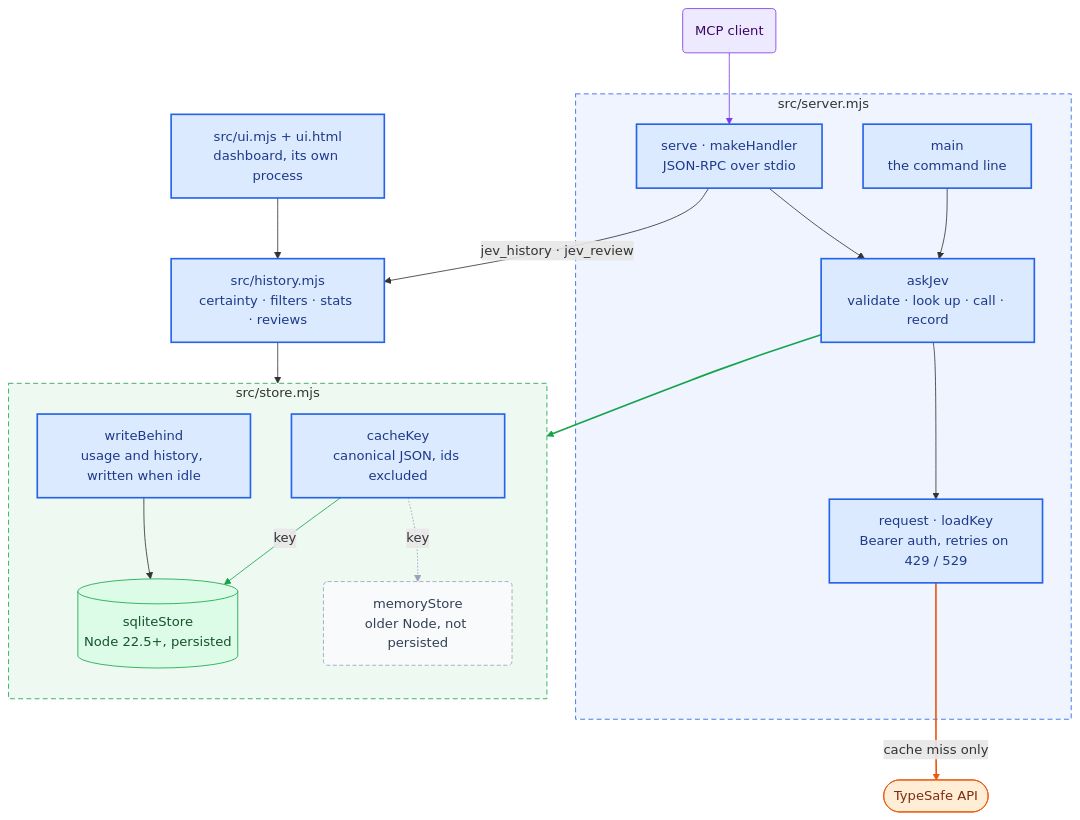
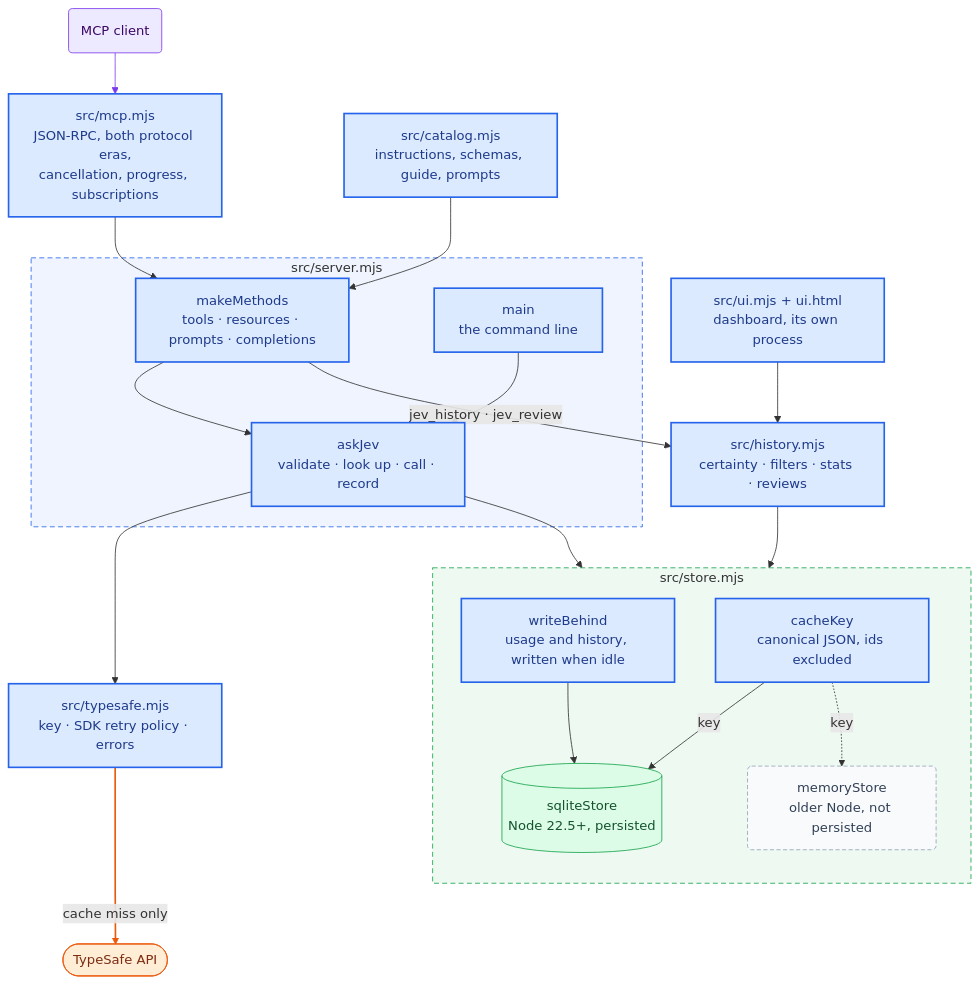
Before and after one commit to lhviet/jev-bridge: the first of 4 diagrams in docs/architecture.md, drawn with Mermaid. The commit also changed other lines of this file and 82 other files, not shown here.

First line of the commit message:
[backend|mcp] Serve MCP 2026-07-28 and 2025-11-25; align with TypeSafe SDKs; record Claude Code evidence (#1)

````diff
--- a/docs/architecture.md
+++ b/docs/architecture.md
@@ -23,51 +23,52 @@
 ```mermaid
 flowchart TB
   CLIENT("MCP client")
   subgraph SERVER["src/server.mjs"]
-    RPC["serve · makeHandler<br/>JSON-RPC over stdio"]
+    METHODS["makeMethods<br/>tools · resources · prompts · completions"]
     CLI["main<br/>the command line"]
     ASK["askJev<br/>validate · look up · call · record"]
-    NET["request · loadKey<br/>Bearer auth, retries on 429 / 529"]
   end
+  MCP["src/mcp.mjs<br/>JSON-RPC, both protocol eras,<br/>cancellation, progress, subscriptions"]
+  CAT["src/catalog.mjs<br/>instructions, schemas, guide, prompts"]
+  NET["src/typesafe.mjs<br/>key · SDK retry policy · errors"]
   subgraph STORE["src/store.mjs"]
     direction TB
     FP["cacheKey<br/>canonical JSON, ids excluded"]
     WB["writeBehind<br/>usage and history, written when idle"]
     SQL[("sqliteStore<br/>Node 22.5+, persisted")]
     MEM("memoryStore<br/>older Node, not persisted")
   end
   HIST["src/history.mjs<br/>certainty · filters · stats · reviews"]
   UI["src/ui.mjs + ui.html<br/>dashboard, its own process"]
   API(["TypeSafe API"])
 
-  CLIENT --> RPC
-  RPC --> ASK
+  CLIENT --> MCP
+  MCP --> METHODS
+  CAT --> METHODS
+  METHODS --> ASK
   CLI --> ASK
   ASK --> NET
   ASK --> STORE
   NET -- "cache miss only" --> API
   FP -- "key" --> SQL
   FP -. "key" .-> MEM
   WB --> SQL
-  RPC -- "jev_history · jev_review" --> HIST
+  METHODS -- "jev_history · jev_review" --> HIST
   UI --> HIST
   HIST --> STORE
 
   classDef client fill:#ede9fe,stroke:#7c3aed,color:#3b0764
   classDef bridge fill:#dbeafe,stroke:#2563eb,color:#1e3a8a,stroke-width:2px
   classDef store fill:#dcfce7,stroke:#16a34a,color:#14532d
   classDef ephemeral fill:#f8fafc,stroke:#94a3b8,color:#334155,stroke-dasharray:5 3
   classDef external fill:#ffedd5,stroke:#ea580c,color:#7c2d12
   class CLIENT client
-  class RPC,CLI,ASK,NET,FP,WB,HIST,UI bridge
+  class METHODS,CLI,ASK,MCP,CAT,NET,FP,WB,HIST,UI bridge
   class SQL store
   class MEM ephemeral
   class API external
   style SERVER fill:#2563eb12,stroke:#2563eb,stroke-dasharray:6 4
   style STORE fill:#16a34a12,stroke:#16a34a,stroke-dasharray:6 4
   linkStyle 0 stroke:#7c3aed
-  linkStyle 4 stroke:#16a34a,stroke-width:2px
-  linkStyle 5 stroke:#ea580c,stroke-width:2px
-  linkStyle 6 stroke:#16a34a
-  linkStyle 7 stroke:#94a3b8
+  linkStyle 7 stroke:#ea580c,stroke-width:2px
 ```
````
